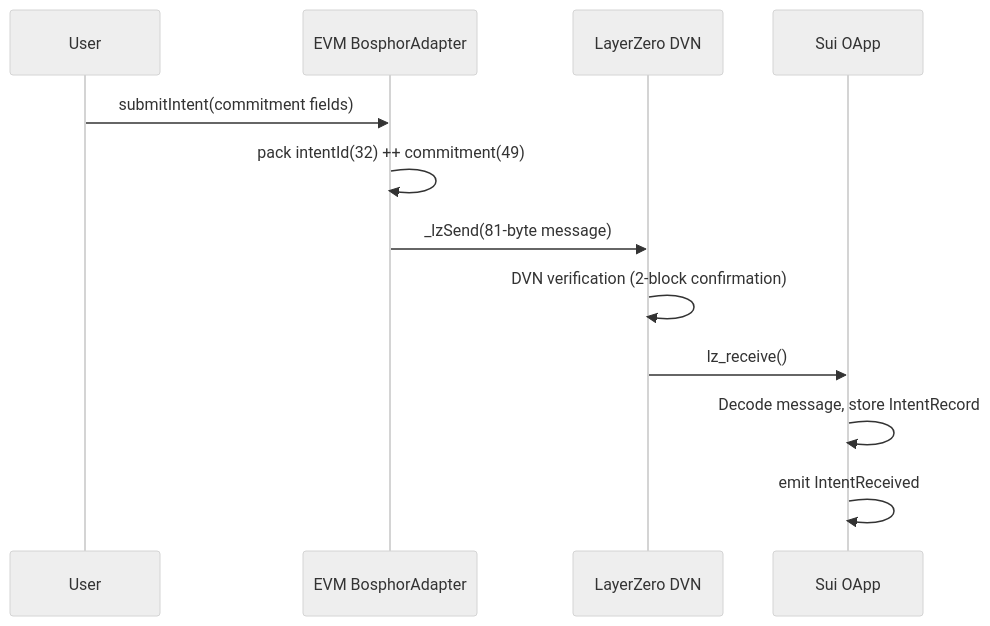
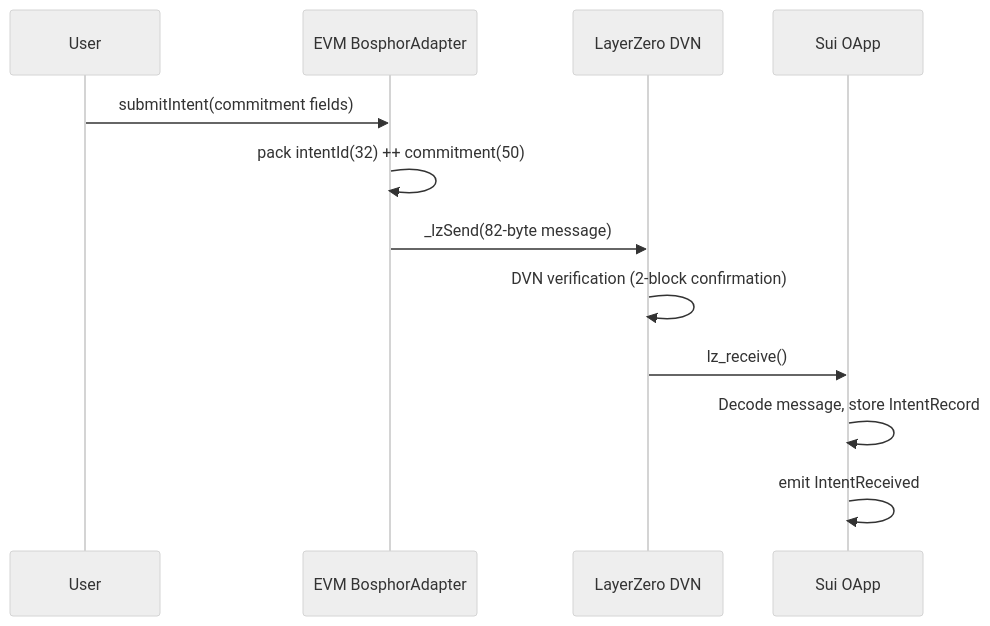
The first of 2 diagrams in website/docs/lz-verification-flow.md (riva-labs/bosphor), drawn with Mermaid (neutral theme) before and after one commit. The commit also changed other lines of this file and 5 other files, not shown here.

First line of the commit message:
docs(website): describe the versioned 50-byte commitment format

````diff
--- a/website/docs/lz-verification-flow.md
+++ b/website/docs/lz-verification-flow.md
@@ -20,15 +20,15 @@
 ```mermaid
 sequenceDiagram
     participant User
     participant EVM as EVM BosphorAdapter
     participant LZ as LayerZero DVN
     participant Sui as Sui OApp
 
     User->>EVM: submitIntent(commitment fields)
-    EVM->>EVM: pack intentId(32) ++ commitment(49)
-    EVM->>LZ: _lzSend(81-byte message)
+    EVM->>EVM: pack intentId(32) ++ commitment(50)
+    EVM->>LZ: _lzSend(82-byte message)
     LZ->>LZ: DVN verification (2-block confirmation)
     LZ->>Sui: lz_receive()
     Sui->>Sui: Decode message, store IntentRecord
     Sui->>Sui: emit IntentReceived
 ```
````
